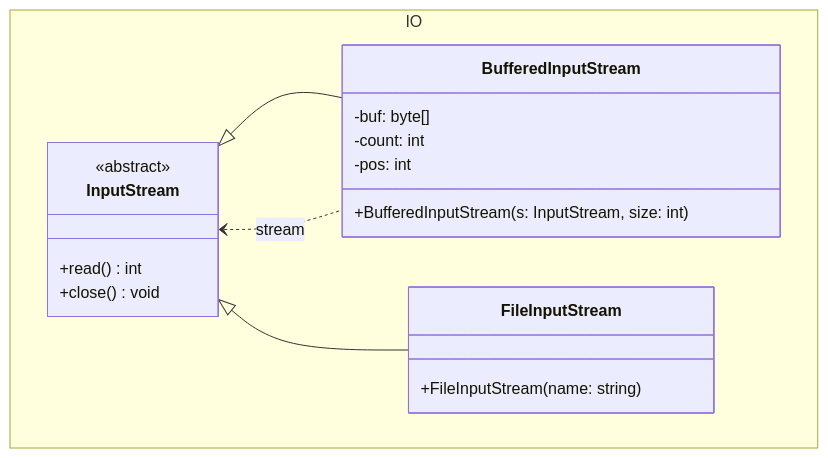
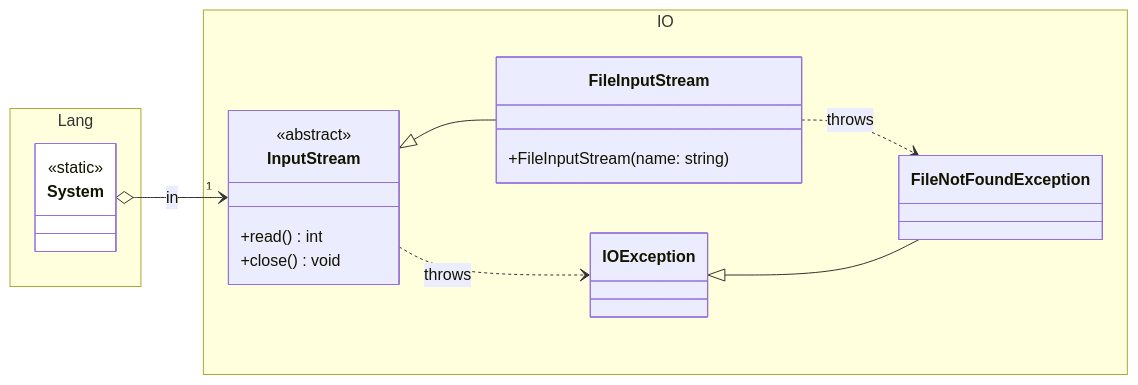
Before and after one commit to ghackenberg/kurs-java-programmierung: the diagram in Grafiken/IO/InputStream.mmd, drawn with Mermaid. The commit also changed 12 other files, not shown here.

```diff
--- a/Grafiken/IO/InputStream.mmd
+++ b/Grafiken/IO/InputStream.mmd
@@ -1,29 +1,44 @@
 classDiagram
+
+    direction LR
+
+    namespace Lang {
+
+        class System {
+            <<static>>
+        }
+
+    }
 
     namespace IO {
 
         class InputStream {
             <<abstract>>
             +read() int
             +close() void
         }
 
-        class BufferedInputStream {
-            -buf: byte[]
-            -count: int
-            -pos: int
-            +BufferedInputStream(s: InputStream, size: int)
-        }
-
         class FileInputStream {
             +FileInputStream(name: string)
         }
+
+        class IOException {
+
+        }
         
+        class FileNotFoundException {
+
+        }
+
     }
 
-
-    InputStream <|-- BufferedInputStream
-
-    InputStream <.. BufferedInputStream: stream
+    System o-->"1" InputStream: in
 
     InputStream <|-- FileInputStream
+    InputStream ..> IOException: throws
+
+    FileInputStream ..> FileNotFoundException: throws
+
+    IOException <|-- FileNotFoundException 
+    
+    style System fill:white
```
